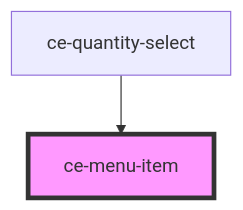
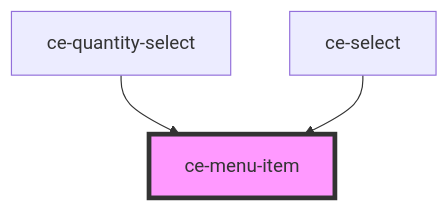
Before and after one commit to surecart/surecart-wp-plugin: the diagram in packages/components/src/components/ui/menu-item/readme.md, drawn with Mermaid. The commit also changed other lines of this file and 65 other files, not shown here.

````diff
--- a/packages/components/src/components/ui/menu-item/readme.md
+++ b/packages/components/src/components/ui/menu-item/readme.md
@@ -56,5 +57,6 @@
 ```mermaid
 graph TD;
   ce-quantity-select --> ce-menu-item
+  ce-select --> ce-menu-item
   style ce-menu-item fill:#f9f,stroke:#333,stroke-width:4px
 ```
````
